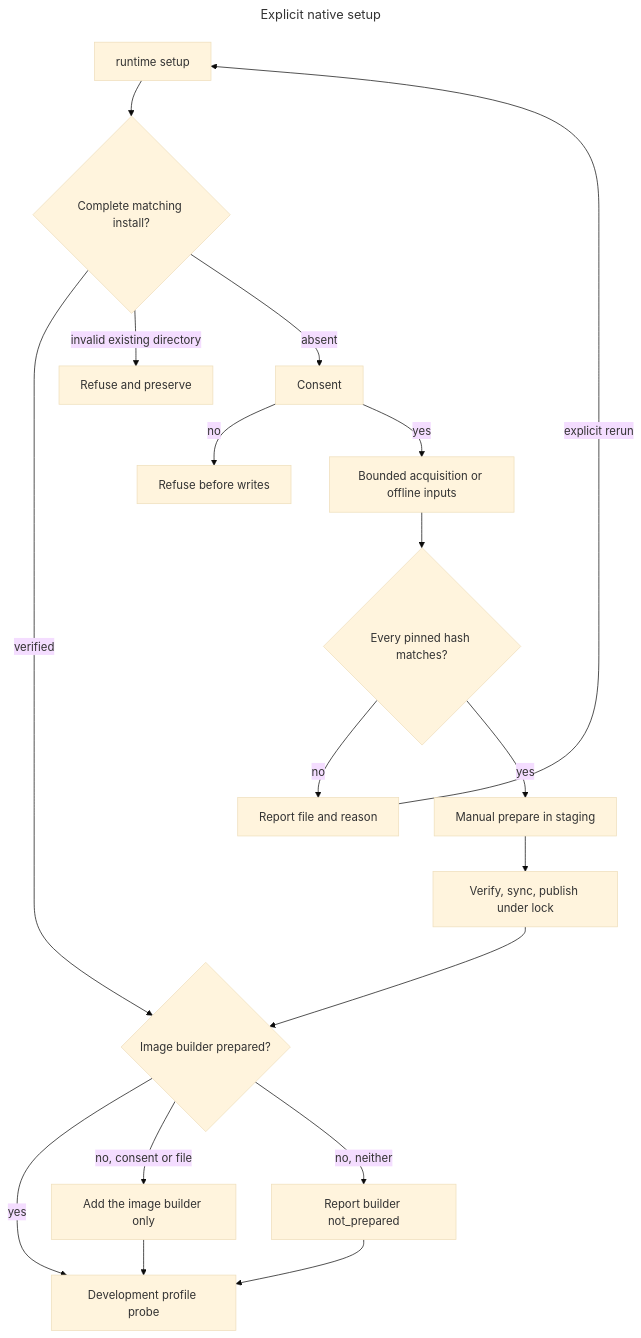
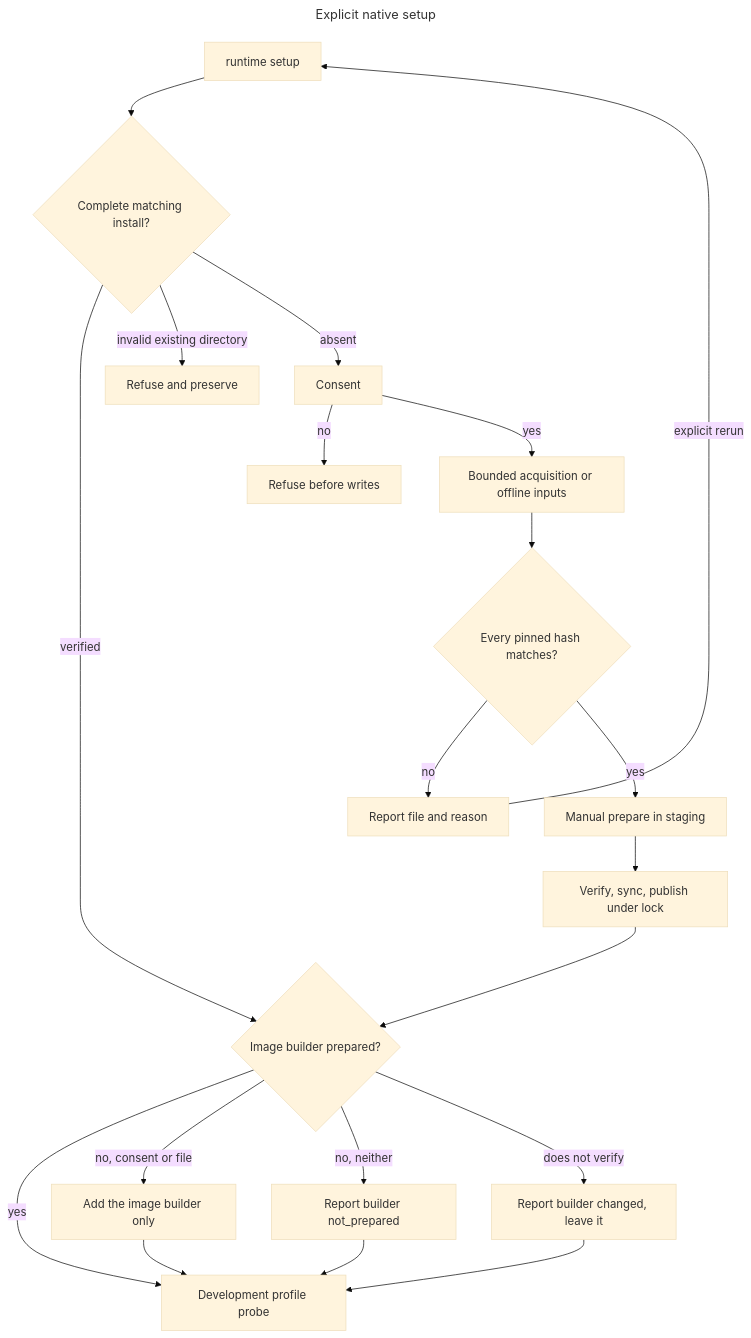
Before and after one commit to hack-dance/hack: the diagram in docs/diagrams/native-setup.mmd, drawn with Mermaid (base theme). The commit also changed 7 other files, not shown here.

```diff
--- a/docs/diagrams/native-setup.mmd
+++ b/docs/diagrams/native-setup.mmd
@@ -1,24 +1,26 @@
 ---
 title: Explicit native setup
 ---
 flowchart TD
   Start["runtime setup"] --> Existing{"Complete matching install?"}
   Consent -->|"no"| Refused["Refuse before writes"]
   Consent -->|"yes"| Acquire["Bounded acquisition or offline inputs"]
   Existing -->|"verified"| Builder{"Image builder prepared?"}
   Existing -->|"invalid existing directory"| Preserved["Refuse and preserve"]
   Existing -->|"absent"| Consent
   Acquire --> Hash{"Every pinned hash matches?"}
   Hash -->|"no"| Retry["Report file and reason"]
   Hash -->|"yes"| Prepare["Manual prepare in staging"]
   Prepare --> Publish["Verify, sync, publish under lock"]
   Publish --> Builder
   Builder -->|"yes"| Probe["Development profile probe"]
   Builder -->|"no, consent or file"| Add["Add the image builder only"]
   Builder -->|"no, neither"| Report["Report builder not_prepared"]
+  Builder -->|"does not verify"| Changed["Report builder changed, leave it"]
   Add --> Probe
   Report --> Probe
+  Changed --> Probe
   Retry -->|"explicit rerun"| Start
   class Refused,Preserved,Retry fail
   class Probe ok
   class Consent wait
```
